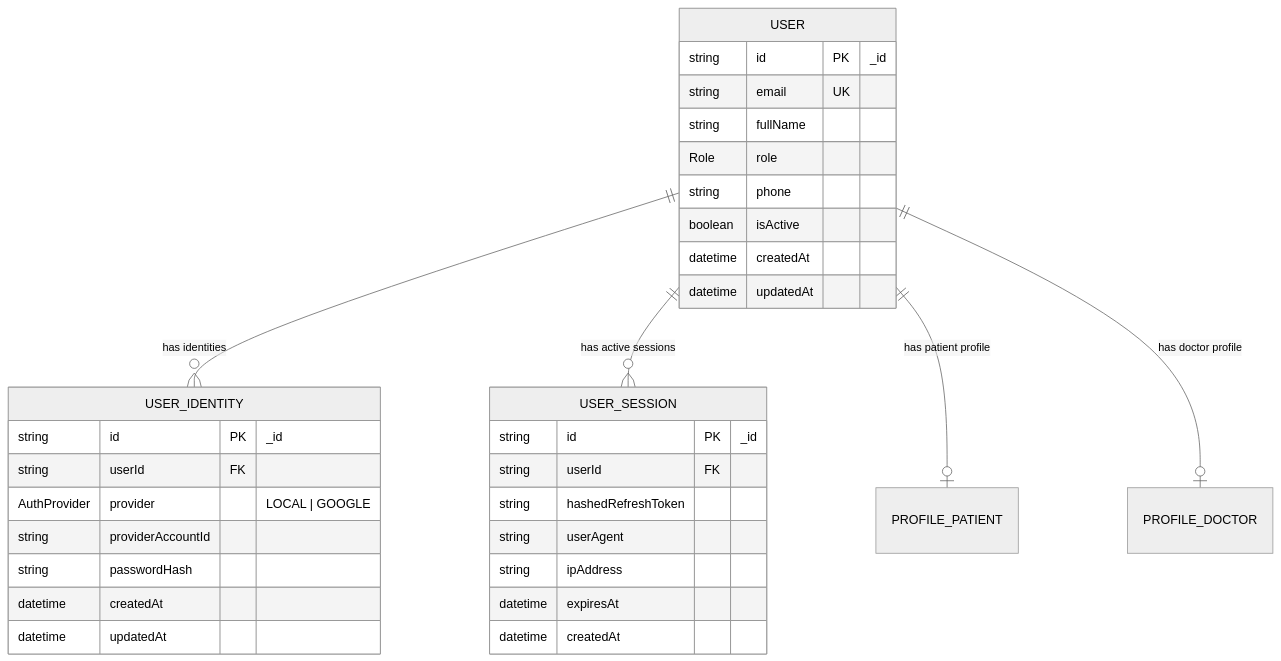
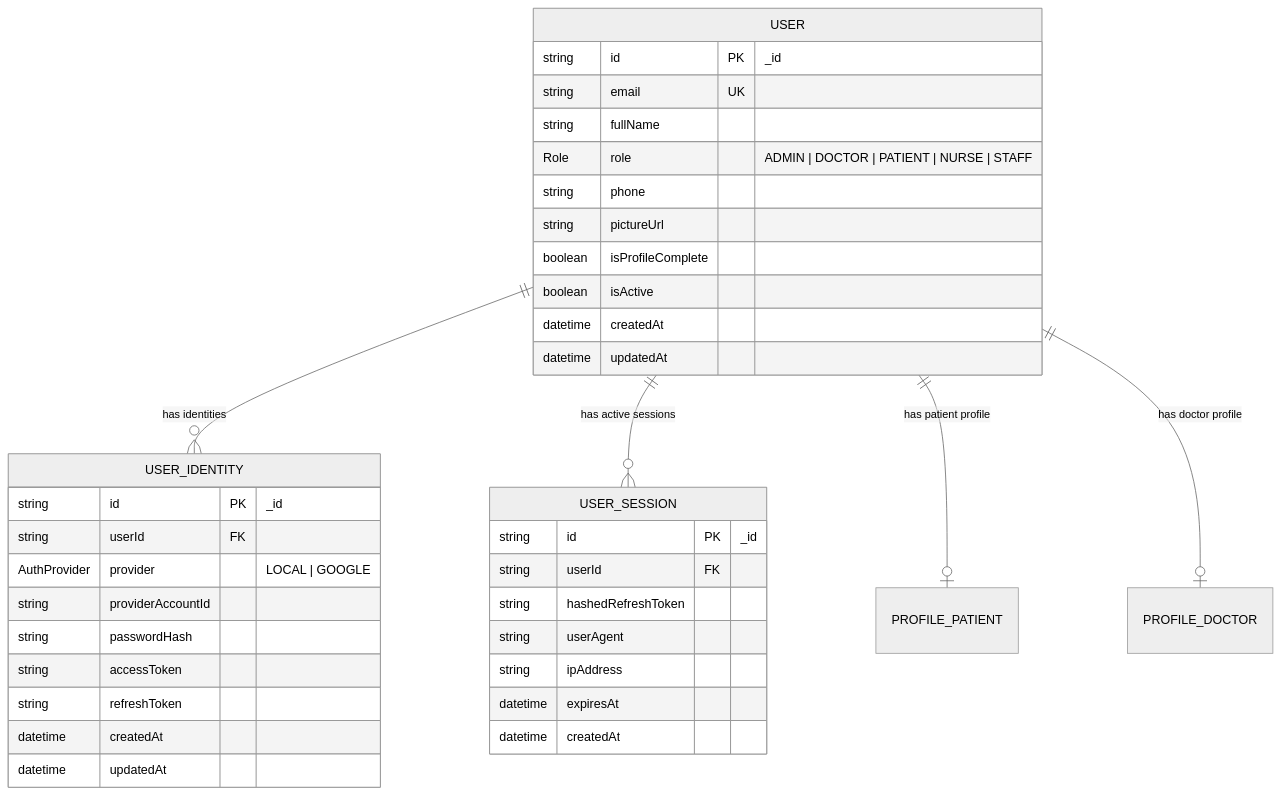
One commit to Parthasrikar/hospital-services changed the first of 6 diagrams in docs/auth_implementation_docs.md. Above: the diagram before and after it, drawn with Mermaid (neutral theme). The commit also changed other lines of this file and 24 other files, not shown here.

Commit message:
feat: implement Google OAuth authentication and progressive user onboarding flow

````diff
--- a/docs/auth_implementation_docs.md
+++ b/docs/auth_implementation_docs.md
@@ -42,38 +47,42 @@
 ```mermaid
 erDiagram
     USER ||--o{ USER_IDENTITY : "has identities"
     USER ||--o{ USER_SESSION : "has active sessions"
     USER ||--o| PROFILE_PATIENT : "has patient profile"
     USER ||--o| PROFILE_DOCTOR : "has doctor profile"
 
     USER {
         string id PK "_id"
         string email UK
         string fullName
-        Role role
+        Role role "ADMIN | DOCTOR | PATIENT | NURSE | STAFF"
         string phone
+        string pictureUrl
+        boolean isProfileComplete
         boolean isActive
         datetime createdAt
         datetime updatedAt
     }
 
     USER_IDENTITY {
         string id PK "_id"
         string userId FK
         AuthProvider provider "LOCAL | GOOGLE"
         string providerAccountId
         string passwordHash
+        string accessToken
+        string refreshToken
         datetime createdAt
         datetime updatedAt
     }
 
     USER_SESSION {
         string id PK "_id"
         string userId FK
         string hashedRefreshToken
         string userAgent
         string ipAddress
         datetime expiresAt
         datetime createdAt
     }
 ```
````
